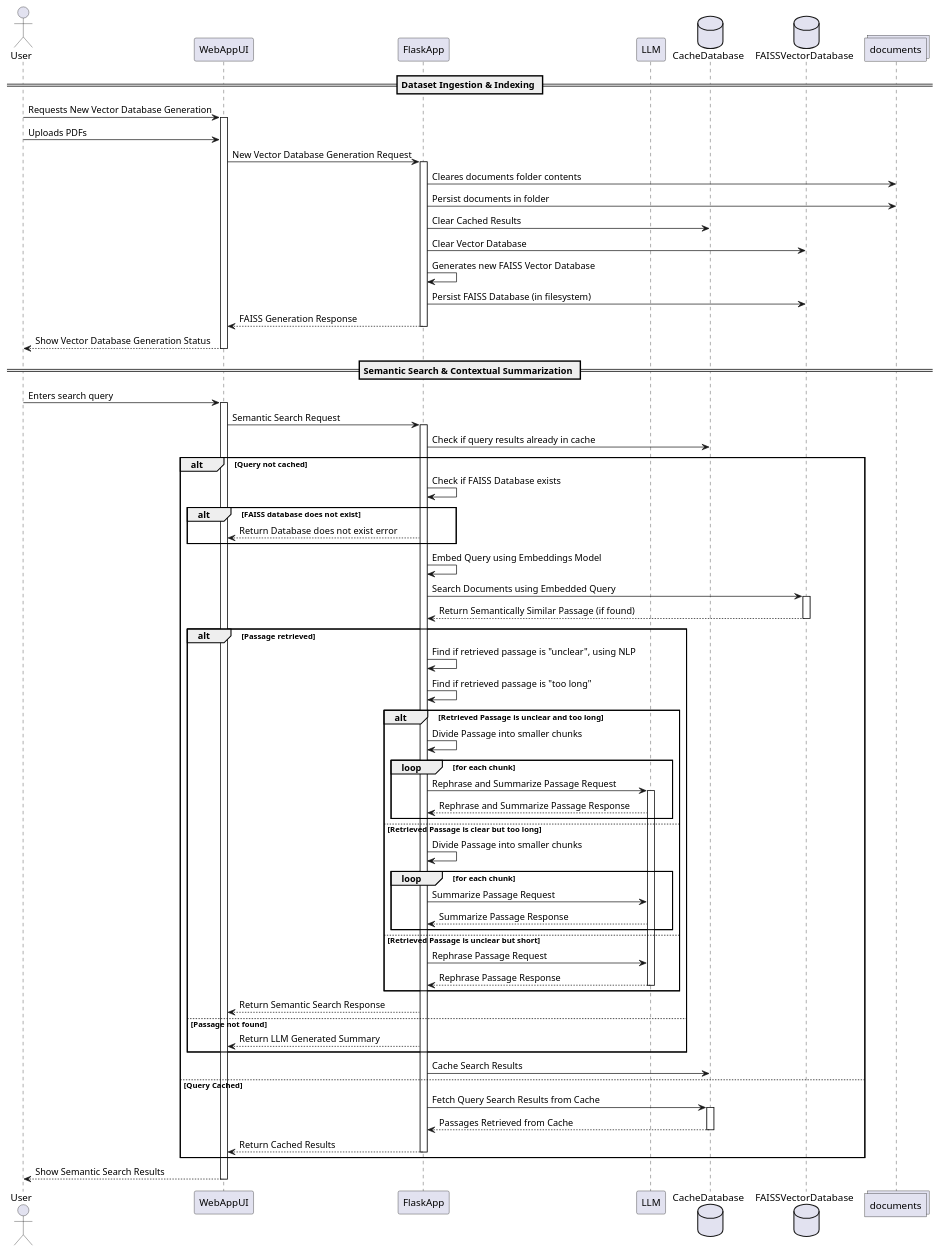
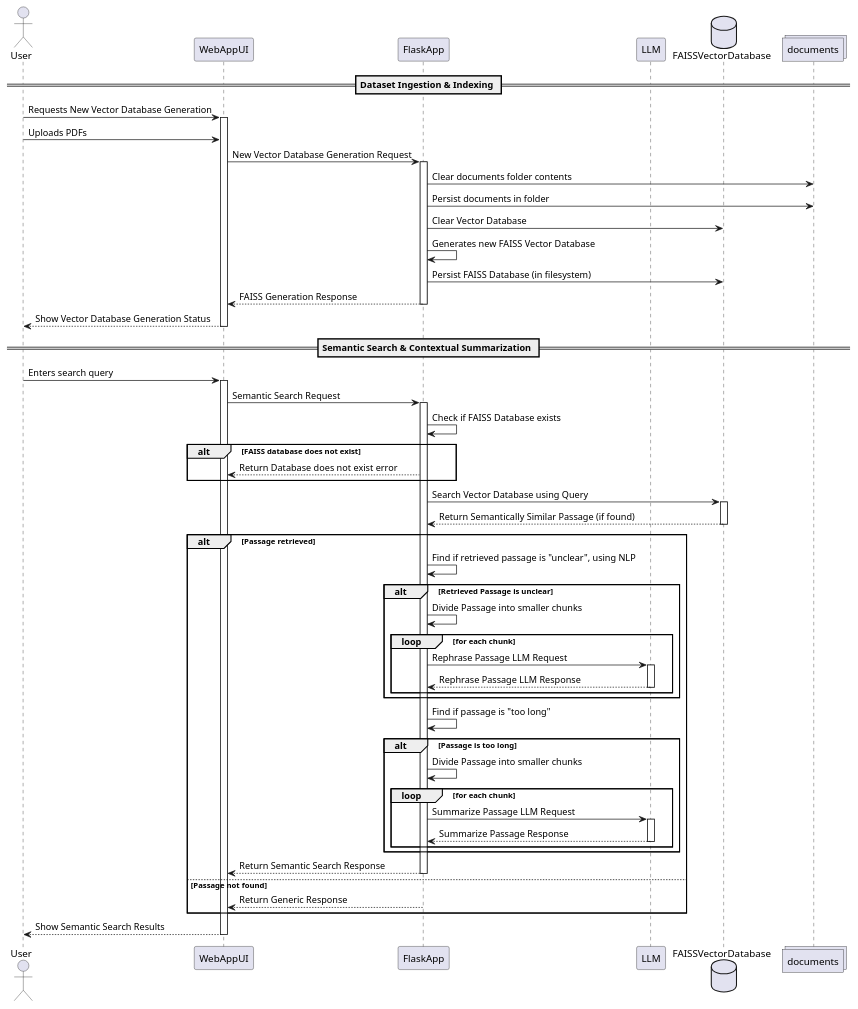
One commit to Lastropy/DeepContext changed the diagram in appFlow.wsd. Above: the diagram before and after it, drawn with PlantUML. The commit also changed 24 other files, not shown here.

```diff
--- a/appFlow.wsd
+++ b/appFlow.wsd
@@ -1,65 +1,52 @@
 @startuml
 actor User
 Participant WebAppUI
 Participant FlaskApp
 Participant LLM
-Database CacheDatabase 
 Database FAISSVectorDatabase
 collections documents
 
 == Dataset Ingestion & Indexing ==
 User -> WebAppUI ++: Requests New Vector Database Generation
 User -> WebAppUI: Uploads PDFs
 WebAppUI -> FlaskApp ++: New Vector Database Generation Request
-FlaskApp -> documents: Cleares documents folder contents
+FlaskApp -> documents: Clear documents folder contents
 FlaskApp -> documents: Persist documents in folder
-FlaskApp -> CacheDatabase: Clear Cached Results
 FlaskApp -> FAISSVectorDatabase: Clear Vector Database
 FlaskApp -> FlaskApp: Generates new FAISS Vector Database
 FlaskApp -> FAISSVectorDatabase: Persist FAISS Database (in filesystem)
 FlaskApp --> WebAppUI --: FAISS Generation Response
 WebAppUI --> User --: Show Vector Database Generation Status 
 
 == Semantic Search & Contextual Summarization ==
 User -> WebAppUI ++: Enters search query
 WebAppUI -> FlaskApp ++: Semantic Search Request
-FlaskApp -> CacheDatabase: Check if query results already in cache
-alt Query not cached
-    FlaskApp -> FlaskApp: Check if FAISS Database exists
-    alt FAISS database does not exist
-        FlaskApp --> WebAppUI: Return Database does not exist error
+FlaskApp -> FlaskApp: Check if FAISS Database exists
+alt FAISS database does not exist
+    FlaskApp --> WebAppUI: Return Database does not exist error
+end
+FlaskApp -> FAISSVectorDatabase ++: Search Vector Database using Query
+FAISSVectorDatabase --> FlaskApp --: Return Semantically Similar Passage (if found)
+alt Passage retrieved
+    FlaskApp -> FlaskApp: Find if retrieved passage is "unclear", using NLP
+    alt Retrieved Passage is unclear
+        FlaskApp -> FlaskApp: Divide Passage into smaller chunks
+        loop for each chunk
+            FlaskApp -> LLM ++: Rephrase Passage LLM Request
+            LLM --> FlaskApp --: Rephrase Passage LLM Response
+        end
     end
-    FlaskApp -> FlaskApp: Embed Query using Embeddings Model
-    FlaskApp -> FAISSVectorDatabase ++: Search Documents using Embedded Query
-    FAISSVectorDatabase --> FlaskApp --: Return Semantically Similar Passage (if found)
-    alt Passage retrieved
-        FlaskApp -> FlaskApp: Find if retrieved passage is "unclear", using NLP
-        FlaskApp -> FlaskApp: Find if retrieved passage is "too long"
-        alt Retrieved Passage is unclear and too long
-            FlaskApp -> FlaskApp: Divide Passage into smaller chunks
-            loop for each chunk
-                FlaskApp -> LLM ++: Rephrase and Summarize Passage Request
-                LLM --> FlaskApp: Rephrase and Summarize Passage Response
-            end
-        else Retrieved Passage is clear but too long 
-            FlaskApp -> FlaskApp: Divide Passage into smaller chunks
-            loop for each chunk
-                FlaskApp -> LLM: Summarize Passage Request
-                LLM --> FlaskApp: Summarize Passage Response
-            end
-        else Retrieved Passage is unclear but short 
-            FlaskApp -> LLM : Rephrase Passage Request
-            LLM --> FlaskApp --: Rephrase Passage Response
+    FlaskApp -> FlaskApp: Find if passage is "too long"
+    alt Passage is too long 
+        FlaskApp -> FlaskApp: Divide Passage into smaller chunks
+        loop for each chunk
+            FlaskApp -> LLM ++: Summarize Passage LLM Request
+            LLM --> FlaskApp --: Summarize Passage Response
         end
-        FlaskApp --> WebAppUI: Return Semantic Search Response 
-    else Passage not found
-        FlaskApp --> WebAppUI: Return LLM Generated Summary
     end
-    FlaskApp -> CacheDatabase: Cache Search Results
-else Query Cached 
-    FlaskApp -> CacheDatabase ++: Fetch Query Search Results from Cache
-    CacheDatabase --> FlaskApp --: Passages Retrieved from Cache
-    FlaskApp --> WebAppUI --: Return Cached Results
+    FlaskApp --> WebAppUI --: Return Semantic Search Response 
+else Passage not found
+    FlaskApp --> WebAppUI: Return Generic Response
 end
 WebAppUI --> User --: Show Semantic Search Results
 @enduml
```
